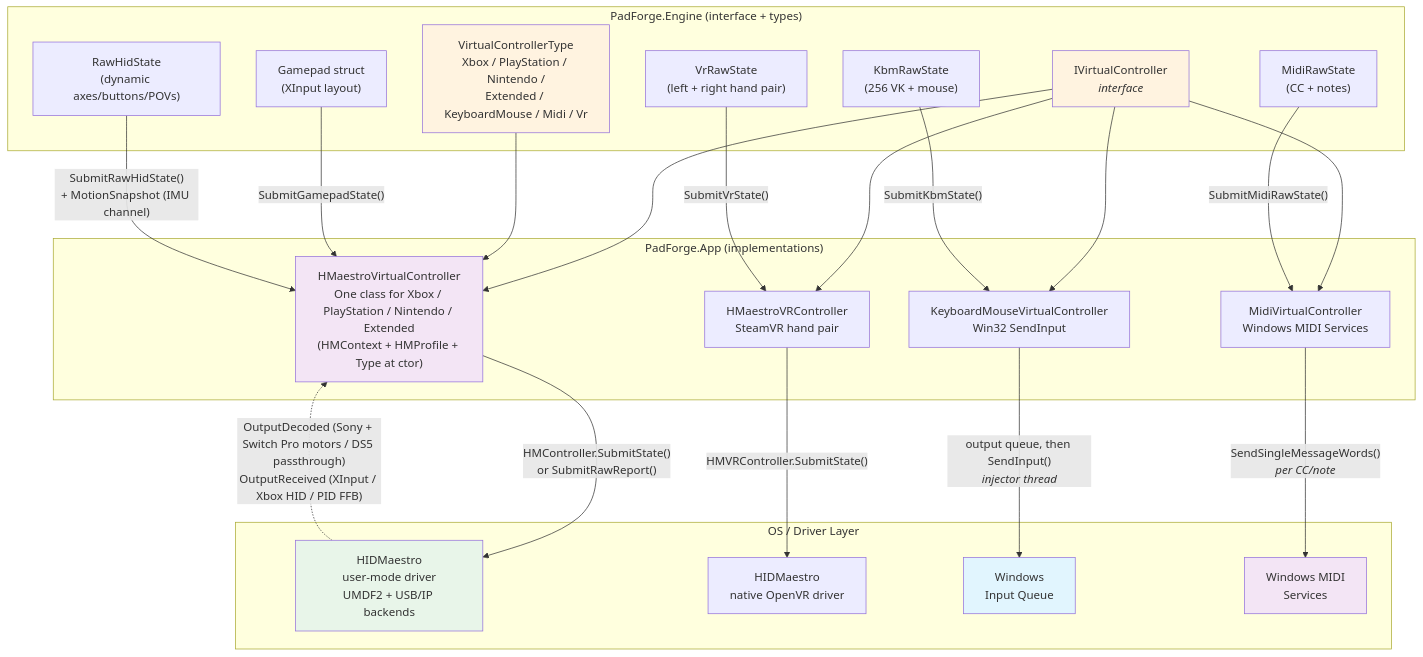
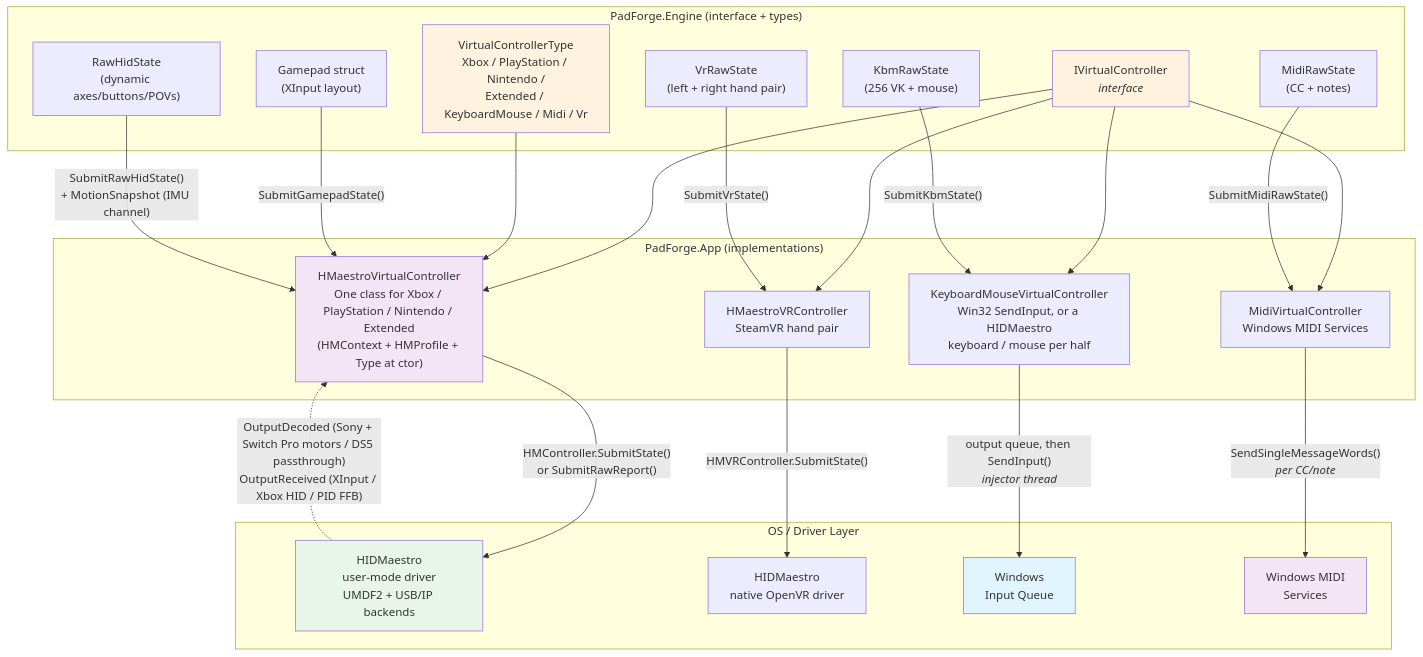
One commit to hifihedgehog/padforge.org changed the diagram in wiki/features/virtual-controllers.md. Above: the diagram before and after it, drawn with Mermaid. The commit also changed other lines of this file and 627 other files, not shown here.

````diff
--- a/wiki/features/virtual-controllers.md
+++ b/wiki/features/virtual-controllers.md
@@ -20,49 +20,49 @@
 ```mermaid
 graph TB
     subgraph Engine["PadForge.Engine (interface + types)"]
         IVC["IVirtualController<br/><i>interface</i>"]
         VCT["VirtualControllerType<br/>Xbox / PlayStation / Nintendo /<br/>Extended / KeyboardMouse / Midi / Vr"]
         GP["Gamepad struct<br/>(XInput layout)"]
         ERS["RawHidState<br/>(dynamic axes/buttons/POVs)"]
         KRS["KbmRawState<br/>(256 VK + mouse)"]
         MRS["MidiRawState<br/>(CC + notes)"]
         VRS["VrRawState<br/>(left + right hand pair)"]
     end
 
     subgraph App["PadForge.App (implementations)"]
         HMVC["HMaestroVirtualController<br/>One class for Xbox / PlayStation / Nintendo / Extended<br/>(HMContext + HMProfile + Type at ctor)"]
         VRVC["HMaestroVRController<br/>SteamVR hand pair"]
-        KBM["KeyboardMouseVirtualController<br/>Win32 SendInput"]
+        KBM["KeyboardMouseVirtualController<br/>Win32 SendInput, or a HIDMaestro<br/>keyboard / mouse per half"]
         MIDI["MidiVirtualController<br/>Windows MIDI Services"]
     end
 
     subgraph Drivers["OS / Driver Layer"]
         HM["HIDMaestro<br/>user-mode driver<br/>UMDF2 + USB/IP backends"]
         HMVRD["HIDMaestro<br/>native OpenVR driver"]
         WIN["Windows<br/>Input Queue"]
         WMS["Windows MIDI<br/>Services"]
     end
 
     IVC --> HMVC & VRVC & KBM & MIDI
     VCT --> HMVC
 
     GP -->|"SubmitGamepadState()"| HMVC
     ERS -->|"SubmitRawHidState()<br/>+ MotionSnapshot (IMU channel)"| HMVC
     KRS -->|"SubmitKbmState()"| KBM
     MRS -->|"SubmitMidiRawState()"| MIDI
     VRS -->|"SubmitVrState()"| VRVC
 
     HMVC -->|"HMController.SubmitState()<br/>or SubmitRawReport()"| HM
     VRVC -->|"HMVRController.SubmitState()"| HMVRD
     KBM -->|"output queue, then SendInput()<br/><i>injector thread</i>"| WIN
     MIDI -->|"SendSingleMessageWords()<br/><i>per CC/note</i>"| WMS
 
     HM -.->|"OutputDecoded (Sony + Switch Pro motors / DS5 passthrough)<br/>OutputReceived (XInput / Xbox HID / PID FFB)"| HMVC
 
     style IVC fill:#fff3e0
     style VCT fill:#fff3e0
     style HMVC fill:#f3e5f5
     style HM fill:#e8f5e9
     style WIN fill:#e1f5fe
     style WMS fill:#f3e5f5
 ```
````
